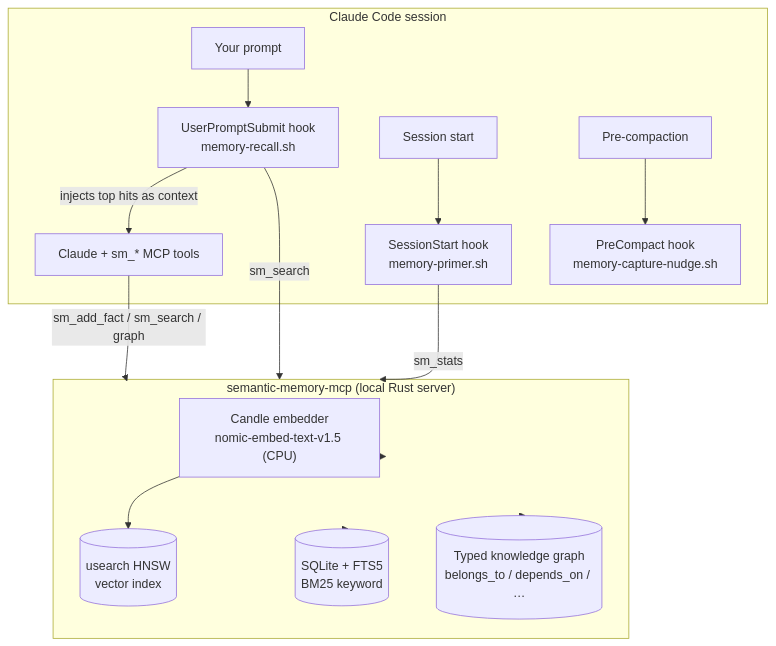
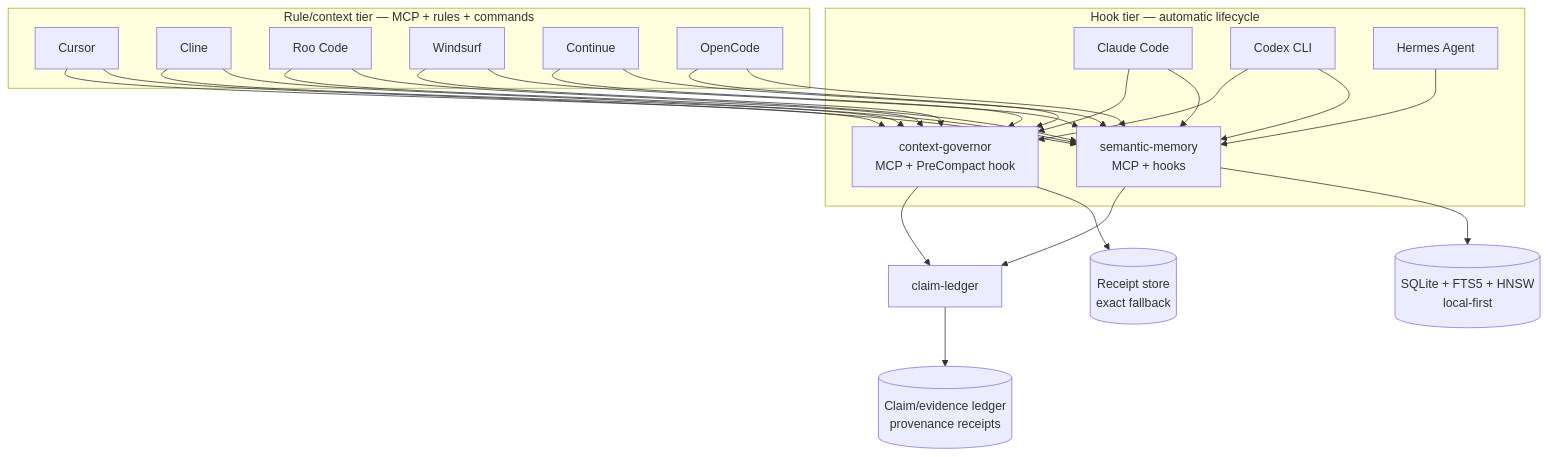
Before and after one commit to RecursiveIntell/agent-memory-kits: the first of 4 diagrams in README.md, drawn with Mermaid. The commit also changed other lines of this file and 2 other files, not shown here.

Commit message:
feat: rename repo to agent-memory-kits, polish README with architecture diagrams

````diff
--- a/README.md
+++ b/README.md
@@ -75,22 +77,29 @@
 ```mermaid
 flowchart TD
-    subgraph CC["Claude Code session"]
-        P["Your prompt"] --> H1["UserPromptSubmit hook<br/>memory-recall.sh"]
-        S["Session start"] --> H2["SessionStart hook<br/>memory-primer.sh"]
-        K["Pre-compaction"] --> H3["PreCompact hook<br/>memory-capture-nudge.sh"]
-        M["Claude + sm_* MCP tools"]
+    subgraph Hook tier["Hook tier — automatic lifecycle"]
+        CC["Claude Code"] --> SM["semantic-memory<br/>MCP + hooks"]
+        CX["Codex CLI"] --> SM
+        HE["Hermes Agent"] --> SM
+        CC --> CG["context-governor<br/>MCP + PreCompact hook"]
+        CX --> CG
     end
-    subgraph SM["semantic-memory-mcp (local Rust server)"]
-        E["Candle embedder<br/>nomic-embed-text-v1.5 (CPU)"]
-        DB[("SQLite + FTS5<br/>BM25 keyword")]
-        V[("usearch HNSW<br/>vector index")]
-        G[("Typed knowledge graph<br/>belongs_to / depends_on / …")]
+    subgraph Rule tier["Rule/context tier — MCP + rules + commands"]
+        CU["Cursor"] --> SM
+        CL["Cline"] --> SM
+        RO["Roo Code"] --> SM
+        WI["Windsurf"] --> SM
+        CO["Continue"] --> SM
+        OC["OpenCode"] --> SM
+        CU --> CG
+        CL --> CG
+        RO --> CG
+        WI --> CG
+        CO --> CG
+        OC --> CG
     end
-    H1 -->|sm_search| SM
-    H2 -->|sm_stats| SM
-    M  -->|sm_add_fact / sm_search / graph| SM
-    SM --> E --> V
-    SM --> DB
-    SM --> G
-    H1 -->|injects top hits as context| M
+    SM --> DB[("SQLite + FTS5 + HNSW<br/>local-first")]
+    CG --> RC[("Receipt store<br/>exact fallback")]
+    CL2["claim-ledger"] --> LR[("Claim/evidence ledger<br/>provenance receipts")]
+    SM --> CL2
+    CG --> CL2
 ```
````
